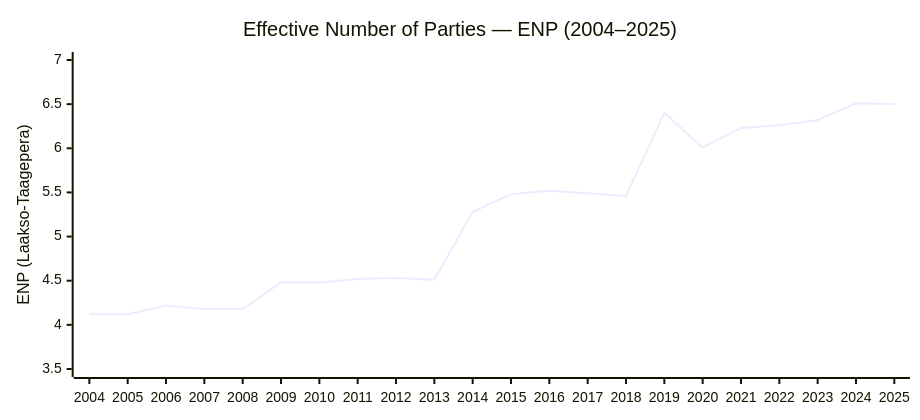
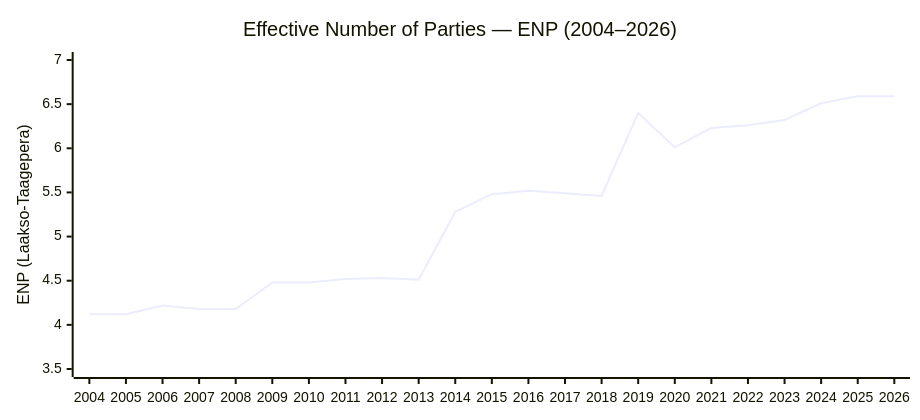
Before and after one commit to Hack23/European-Parliament-MCP-Server: the ninth of 21 diagrams in api-markdown/_media/EP_POLITICAL_LANDSCAPE.md, drawn with Mermaid. The commit also changed other lines of this file and 1437 other files, not shown here.

````diff
--- a/api-markdown/_media/EP_POLITICAL_LANDSCAPE.md
+++ b/api-markdown/_media/EP_POLITICAL_LANDSCAPE.md
@@ -196,13 +198,13 @@
 ```mermaid
 ---
 config:
   xyChart:
     width: 900
     height: 400
 ---
 xychart-beta
-    title "Effective Number of Parties — ENP (2004–2025)"
-    x-axis [2004, 2005, 2006, 2007, 2008, 2009, 2010, 2011, 2012, 2013, 2014, 2015, 2016, 2017, 2018, 2019, 2020, 2021, 2022, 2023, 2024, 2025]
+    title "Effective Number of Parties — ENP (2004–2026)"
+    x-axis [2004, 2005, 2006, 2007, 2008, 2009, 2010, 2011, 2012, 2013, 2014, 2015, 2016, 2017, 2018, 2019, 2020, 2021, 2022, 2023, 2024, 2025, 2026]
     y-axis "ENP (Laakso-Taagepera)" 3.5 --> 7
-    line [4.12, 4.12, 4.22, 4.18, 4.18, 4.48, 4.48, 4.52, 4.53, 4.51, 5.28, 5.48, 5.52, 5.49, 5.46, 6.40, 6.01, 6.23, 6.26, 6.32, 6.51, 6.50]
+    line [4.12, 4.12, 4.22, 4.18, 4.18, 4.48, 4.48, 4.52, 4.53, 4.51, 5.28, 5.48, 5.52, 5.49, 5.46, 6.40, 6.01, 6.23, 6.26, 6.32, 6.51, 6.59, 6.59]
 ```
````
